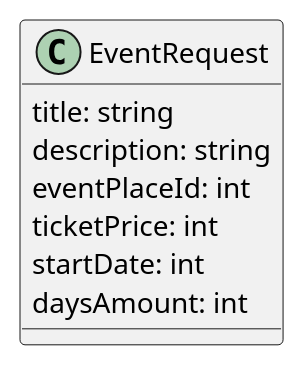
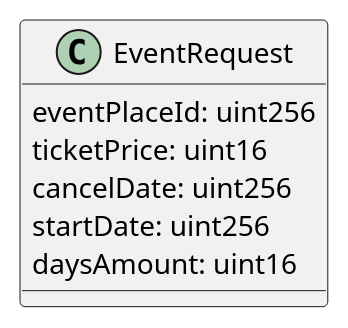
One commit to ai-shift/cyber-valley-tickets changed the sixth of 26 diagrams in README.org. Above: the diagram before and after it, drawn with PlantUML. The commit also changed other lines of this file, not shown here.

```diff
--- a/README.org
+++ b/README.org
@@ -166,10 +204,9 @@
 #+begin_src plantuml :file ./img/event-request.png
 class EventRequest {
-  title: string
-  description: string
-  eventPlaceId: int
-  ticketPrice: int
-  startDate: int
-  daysAmount: int
+  eventPlaceId: uint256
+  ticketPrice: uint16
+  cancelDate: uint256
+  startDate: uint256
+  daysAmount: uint16
 }
 #+end_src
```
